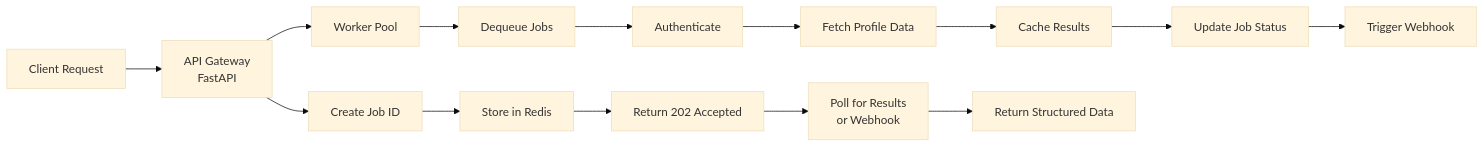
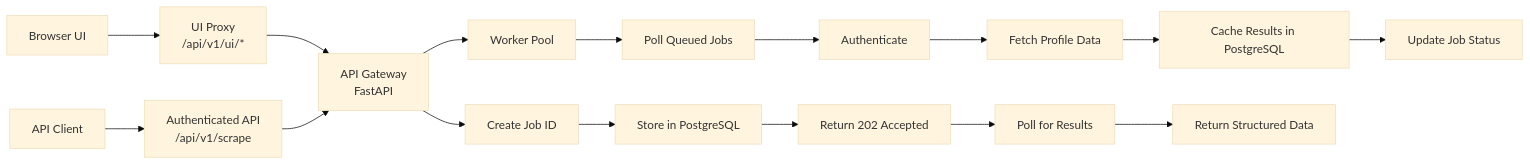
The second of 9 diagrams in .devdocs/decisionDocs.md (ishanjain1502/tross-assignment), drawn with Mermaid (base theme) before and after one commit. The commit also changed other lines of this file and 2 other files, not shown here.

First line of the commit message:
Enhance documentation and architecture for LinkedIn Profile API

````diff
--- a/.devdocs/decisionDocs.md
+++ b/.devdocs/decisionDocs.md
@@ -109,16 +109,18 @@
 ```mermaid
 flowchart LR
-    A[Client Request] --> B[API Gateway<br>FastAPI]
-    B --> C[Create Job ID]
-    C --> D[Store in Redis]
-    D --> E[Return 202 Accepted]
-    B --> F[Worker Pool]
-    F --> G[Dequeue Jobs]
-    G --> H[Authenticate]
-    H --> I[Fetch Profile Data]
-    I --> J[Cache Results]
-    J --> K[Update Job Status]
-    K --> L[Trigger Webhook]
-    E --> M[Poll for Results<br>or Webhook]
-    M --> N[Return Structured Data]
+    A[Browser UI] --> B[UI Proxy<br>/api/v1/ui/*]
+    C[API Client] --> D[Authenticated API<br>/api/v1/scrape]
+    B --> E[API Gateway<br>FastAPI]
+    D --> E
+    E --> F[Create Job ID]
+    F --> G[Store in PostgreSQL]
+    G --> H[Return 202 Accepted]
+    E --> I[Worker Pool]
+    I --> J[Poll Queued Jobs]
+    J --> K[Authenticate]
+    K --> L[Fetch Profile Data]
+    L --> M[Cache Results in PostgreSQL]
+    M --> N[Update Job Status]
+    H --> O[Poll for Results]
+    O --> P[Return Structured Data]
 ```
````
